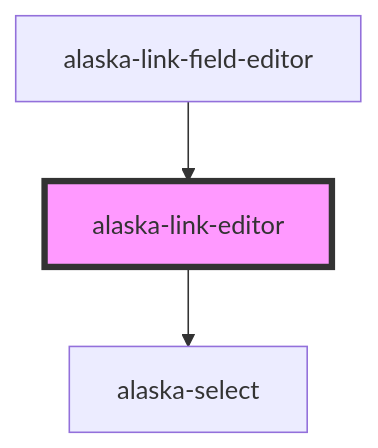
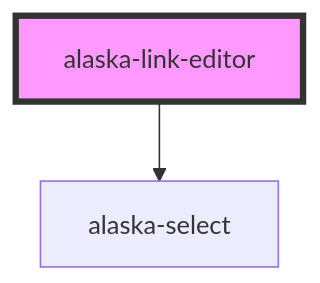
One commit to alaska-project/alaska-contents changed the diagram in core/src/components/editors/link-editor/readme.md. Above: the diagram before and after it, drawn with Mermaid. The commit also changed other lines of this file and 31 other files, not shown here.

````diff
--- a/core/src/components/editors/link-editor/readme.md
+++ b/core/src/components/editors/link-editor/readme.md
@@ -26,6 +22,5 @@
 ```mermaid
 graph TD;
   alaska-link-editor --> alaska-select
-  alaska-link-field-editor --> alaska-link-editor
   style alaska-link-editor fill:#f9f,stroke:#333,stroke-width:4px
 ```
````
